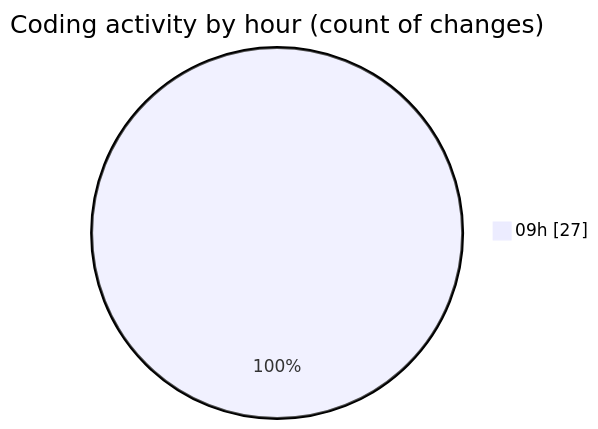
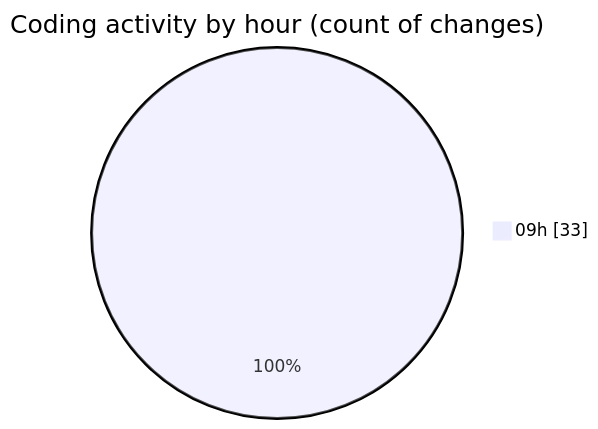
One commit to momahboobian/code-tracking changed the second of 2 diagrams in 2026-05-08/cda/README.md. Above: the diagram before and after it, drawn with Mermaid. The commit also changed other lines of this file and 1 other file, not shown here.

````diff
--- a/2026-05-08/cda/README.md
+++ b/2026-05-08/cda/README.md
@@ -42,5 +44,5 @@
 ```mermaid
 pie showData
 title Coding activity by hour (count of changes)
-"09h" : 27
+"09h" : 33
 ```
````
